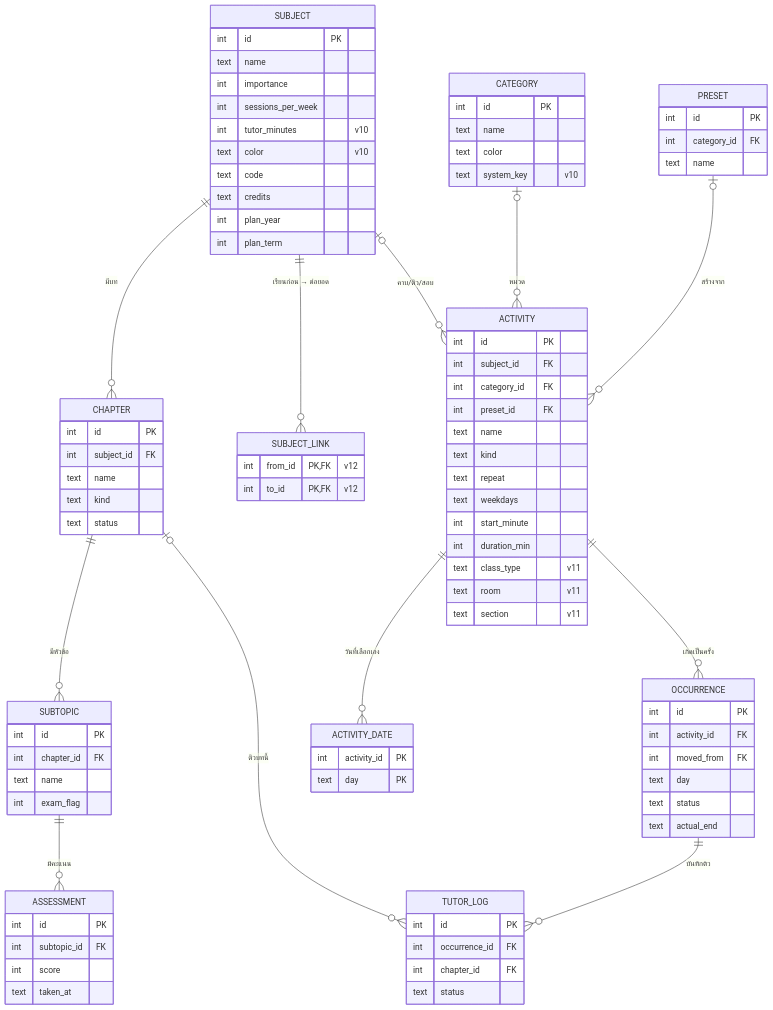
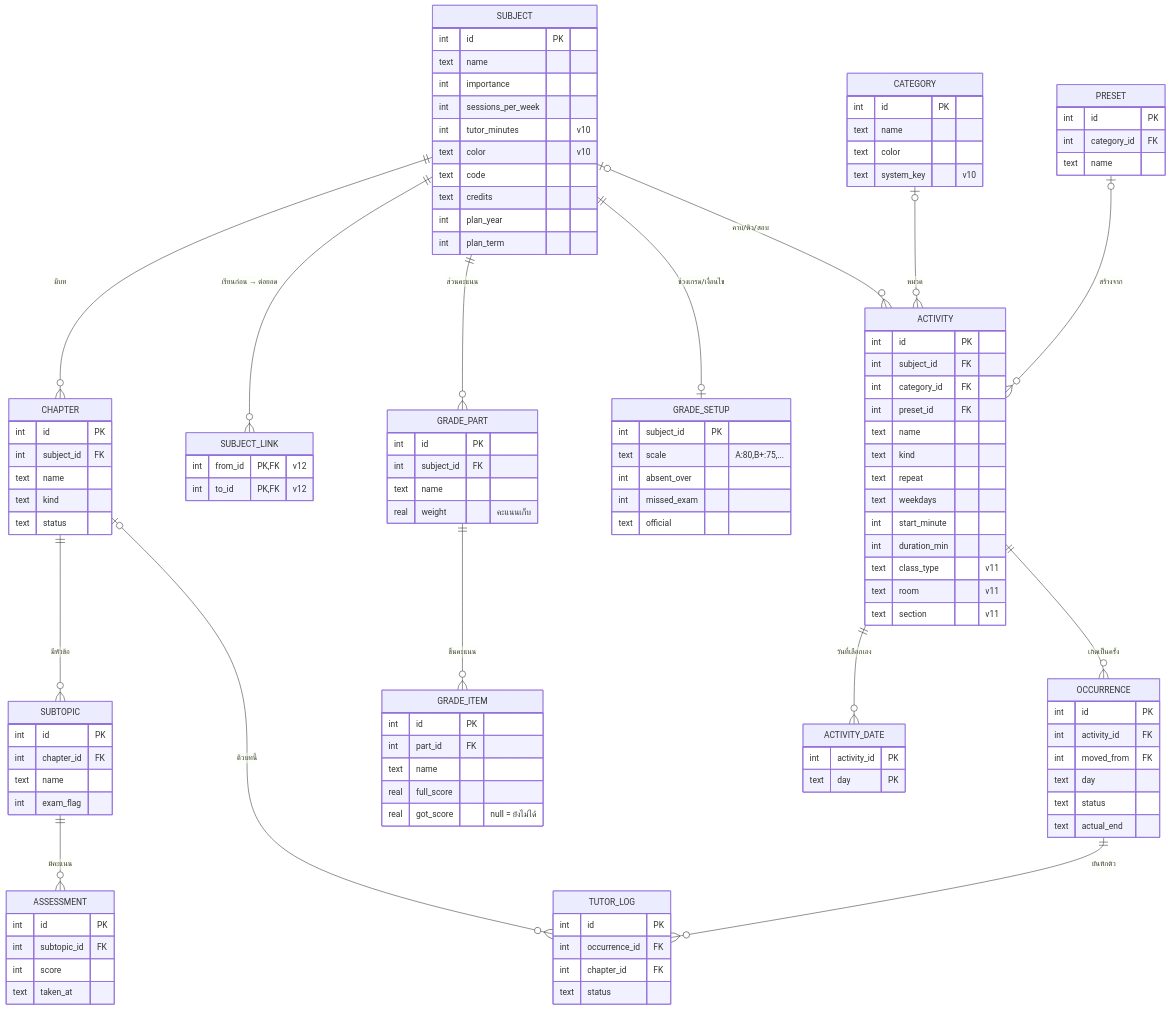
Before and after one commit to Blue-sky213/Manager-App: the diagram in docs/diagrams/er.mmd, drawn with Mermaid. The commit also changed 14 other files, not shown here.

First line of the commit message:
Grade system (schema v13): grade parts/items/setup, grade tab, GPA page, demo grades

```diff
--- a/docs/diagrams/er.mmd
+++ b/docs/diagrams/er.mmd
@@ -1,91 +1,114 @@
 erDiagram
   SUBJECT ||--o{ CHAPTER : "มีบท"
   SUBJECT ||--o{ SUBJECT_LINK : "เรียนก่อน → ต่อยอด"
+  SUBJECT ||--o{ GRADE_PART : "ส่วนคะแนน"
+  GRADE_PART ||--o{ GRADE_ITEM : "ชิ้นคะแนน"
+  SUBJECT ||--o| GRADE_SETUP : "ช่วงเกรด/เงื่อนไข"
   CHAPTER ||--o{ SUBTOPIC : "มีหัวข้อ"
   SUBTOPIC ||--o{ ASSESSMENT : "มีคะแนน"
   SUBJECT |o--o{ ACTIVITY : "คาบ/ติว/สอบ"
   CATEGORY |o--o{ ACTIVITY : "หมวด"
   PRESET |o--o{ ACTIVITY : "สร้างจาก"
   ACTIVITY ||--o{ ACTIVITY_DATE : "วันที่เลือกเอง"
   ACTIVITY ||--o{ OCCURRENCE : "เกิดเป็นครั้ง"
   OCCURRENCE ||--o{ TUTOR_LOG : "บันทึกติว"
   CHAPTER |o--o{ TUTOR_LOG : "ติวบทนี้"
   SUBJECT {
     int id PK
     text name
     int importance
     int sessions_per_week
     int tutor_minutes "v10"
     text color "v10"
     text code
     text credits
     int plan_year
     int plan_term
+  }
+  GRADE_PART {
+    int id PK
+    int subject_id FK
+    text name
+    real weight "คะแนนเก็บ"
+  }
+  GRADE_ITEM {
+    int id PK
+    int part_id FK
+    text name
+    real full_score
+    real got_score "null = ยังไม่ได้"
+  }
+  GRADE_SETUP {
+    int subject_id PK
+    text scale "A:80,B+:75,..."
+    int absent_over
+    int missed_exam
+    text official
   }
   SUBJECT_LINK {
     int from_id PK,FK "v12"
     int to_id PK,FK "v12"
   }
   CHAPTER {
     int id PK
     int subject_id FK
     text name
     text kind
     text status
   }
   SUBTOPIC {
     int id PK
     int chapter_id FK
     text name
     int exam_flag
   }
   ASSESSMENT {
     int id PK
     int subtopic_id FK
     int score
     text taken_at
   }
   CATEGORY {
     int id PK
     text name
     text color
     text system_key "v10"
   }
   PRESET {
     int id PK
     int category_id FK
     text name
   }
   ACTIVITY {
     int id PK
     int subject_id FK
     int category_id FK
     int preset_id FK
     text name
     text kind
     text repeat
     text weekdays
     int start_minute
     int duration_min
     text class_type "v11"
     text room "v11"
     text section "v11"
   }
   ACTIVITY_DATE {
     int activity_id PK
     text day PK
   }
   OCCURRENCE {
     int id PK
     int activity_id FK
     int moved_from FK
     text day
     text status
     text actual_end
   }
   TUTOR_LOG {
     int id PK
     int occurrence_id FK
     int chapter_id FK
     text status
   }
```
